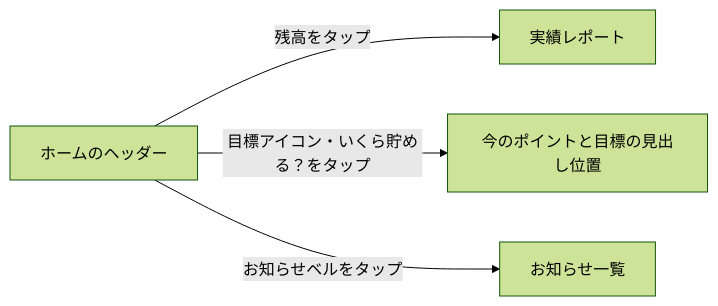
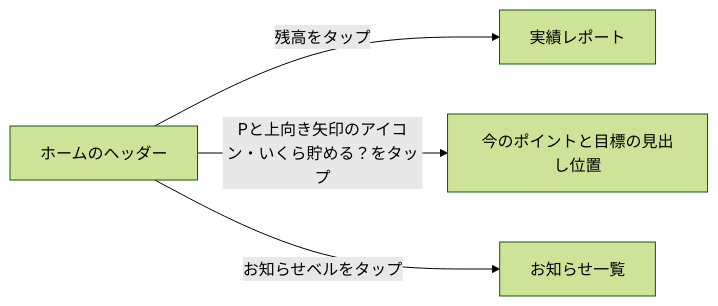
The first of 5 diagrams in docs/prd/features/F02-home.md (Min-Thu-Khant/pochipo-mock-en), drawn with Mermaid (forest theme) before and after one commit. The commit also changed other lines of this file, not shown here.

````diff
--- a/docs/prd/features/F02-home.md
+++ b/docs/prd/features/F02-home.md
@@ -117,7 +119,7 @@
 ```mermaid
 flowchart LR
   H["ホームのヘッダー"]
   H -->|残高をタップ| P["実績レポート"]
-  H -->|目標アイコン・いくら貯める？をタップ| G["今のポイントと目標の見出し位置"]
+  H -->|Pと上向き矢印のアイコン・いくら貯める？をタップ| G["今のポイントと目標の見出し位置"]
   H -->|お知らせベルをタップ| N["お知らせ一覧"]
 ```
````
